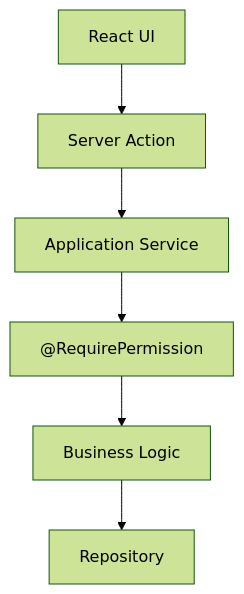
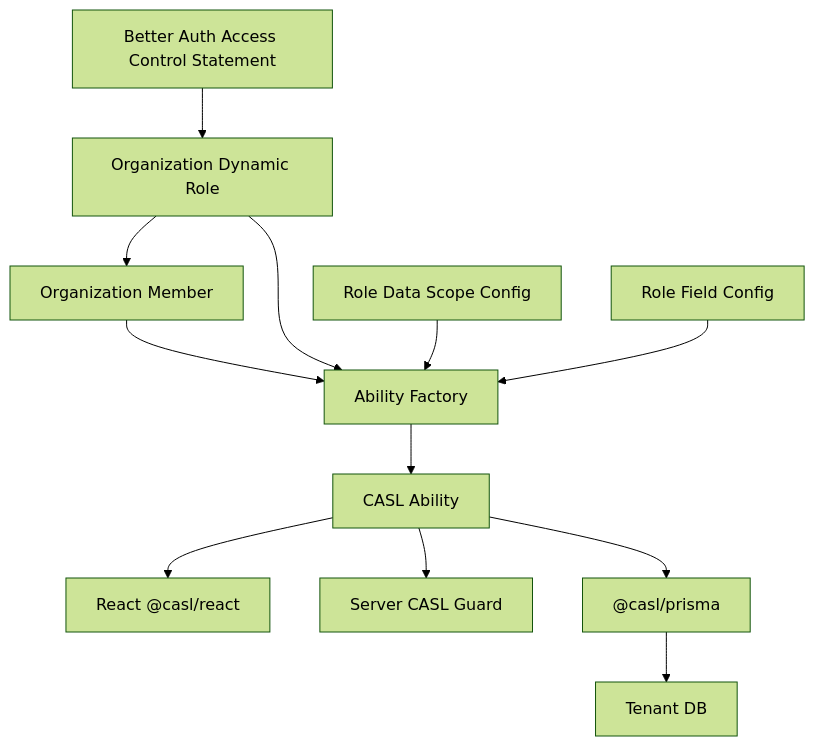
Before and after one commit to leohu25/ActivityReservation: the first of 3 diagrams in docs/Permission_Flow_and_Pseudocode_Guide.md, drawn with Mermaid (forest theme). The commit also changed other lines of this file and 53 other files, not shown here.

````diff
--- a/docs/Permission_Flow_and_Pseudocode_Guide.md
+++ b/docs/Permission_Flow_and_Pseudocode_Guide.md
@@ -1087,15 +18,30 @@
 ```mermaid
 flowchart TB
-    UI["React UI"]
-    Action["Server Action"]
-    Service["Application Service"]
-    Decorator["@RequirePermission"]
-    Business["Business Logic"]
-    Repo["Repository"]
+    DEF["Better Auth Access Control Statement"]
+    ROLE["Organization Dynamic Role"]
+    MEMBER["Organization Member"]
+    SCOPE["Role Data Scope Config"]
+    FIELD["Role Field Config"]
+    FACTORY["Ability Factory"]
+    CASL["CASL Ability"]
 
-    UI --> Action
-    Action --> Service
-    Service --> Decorator
-    Decorator --> Business
-    Business --> Repo
+    UI["React @casl/react"]
+    SERVER["Server CASL Guard"]
+    PRISMA["@casl/prisma"]
+    DB["Tenant DB"]
+
+    DEF --> ROLE
+    ROLE --> MEMBER
+
+    MEMBER --> FACTORY
+    ROLE --> FACTORY
+    SCOPE --> FACTORY
+    FIELD --> FACTORY
+
+    FACTORY --> CASL
+
+    CASL --> UI
+    CASL --> SERVER
+    CASL --> PRISMA
+    PRISMA --> DB
 ```
````
